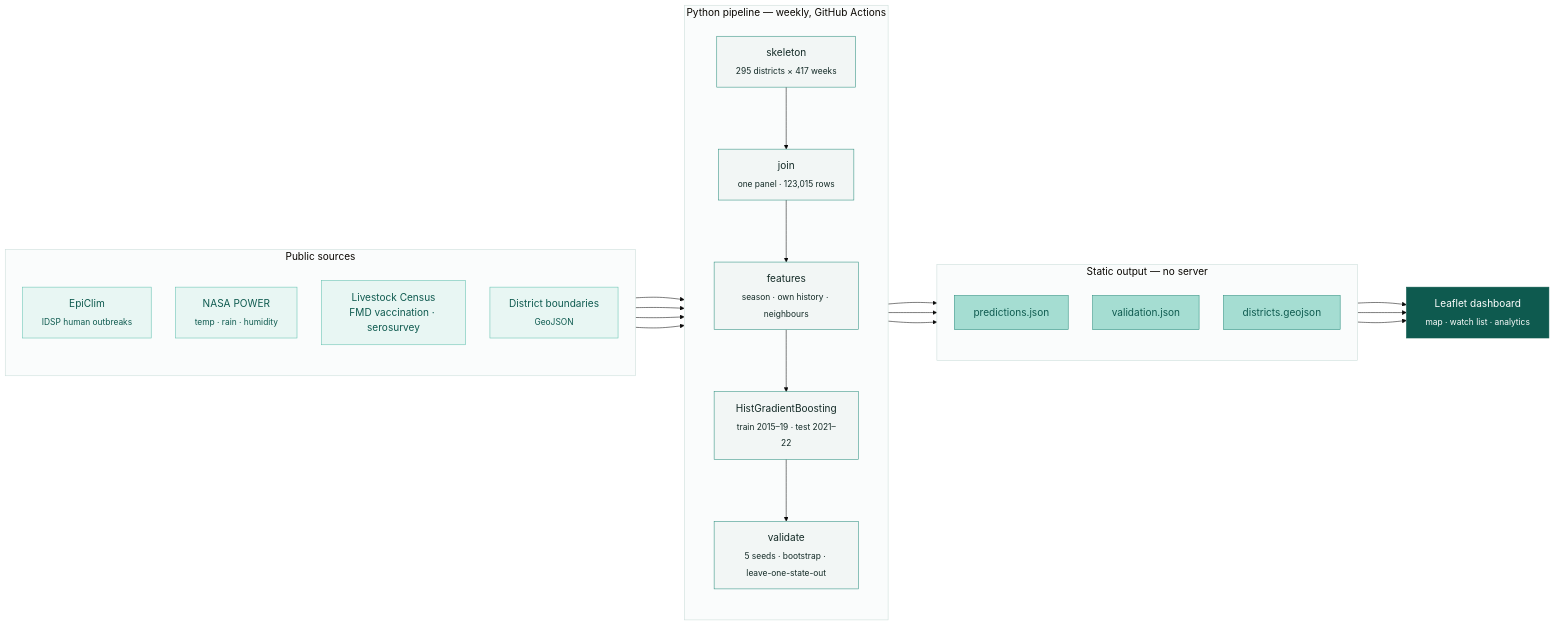
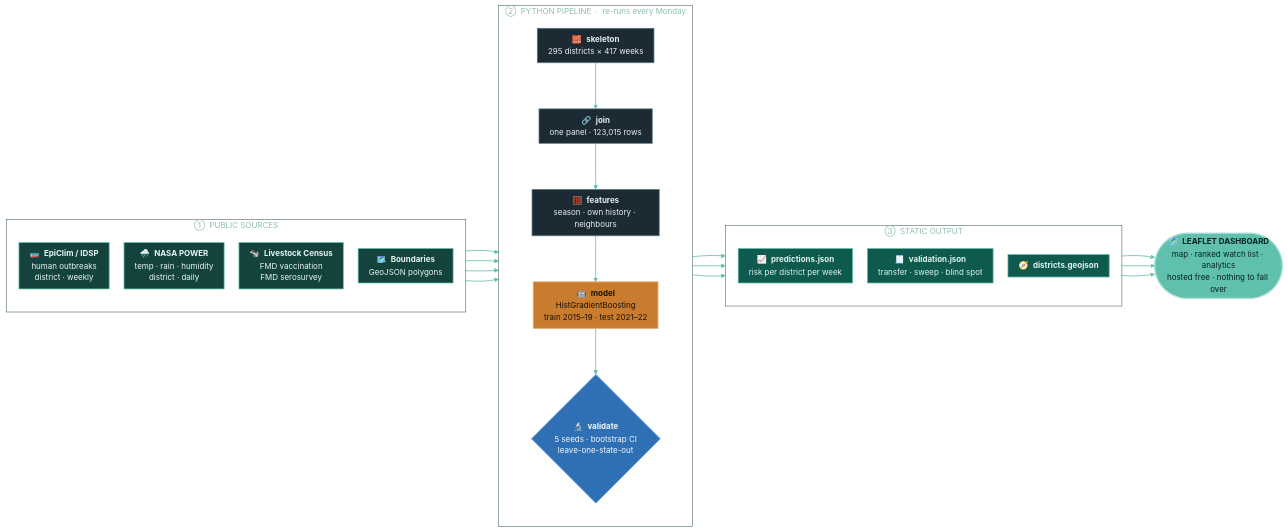
The diagram in README.md (lakkarsunanditha14/onehealth-early-warning), drawn with Mermaid before and after one commit. The commit also changed other lines of this file, not shown here.

Commit message:
dark-theme the architecture diagram

````diff
--- a/README.md
+++ b/README.md
@@ -194,50 +229,56 @@
 ```mermaid
-%%{init: {"theme":"base","themeVariables":{"fontSize":"19px","fontFamily":"IBM Plex Sans, Segoe UI, sans-serif","clusterBkg":"#FAFCFC","clusterBorder":"#C9DCD8"},"flowchart":{"nodeSpacing":46,"rankSpacing":92,"padding":18,"useMaxWidth":false}}}%%
+%%{init: {"theme":"base","themeVariables":{"fontSize":"15px","fontFamily":"IBM Plex Sans, Segoe UI, sans-serif","lineColor":"#5FC0AE","clusterBkg":"transparent","clusterBorder":"#3C5A54","edgeLabelBackground":"#13433C","tertiaryColor":"transparent","titleColor":"#8FBDB3","textColor":"#CFE2DE","nodeTextColor":"#E8F6F3"},"flowchart":{"nodeSpacing":28,"rankSpacing":62,"padding":10,"curve":"basis"}}}%%
 flowchart LR
-  subgraph S["Public sources"]
+
+  subgraph SRC ["&nbsp; ① &nbsp;PUBLIC SOURCES &nbsp;"]
     direction TB
-    A1["EpiClim<br/><sub>IDSP human outbreaks</sub>"]
-    A2["NASA POWER<br/><sub>temp · rain · humidity</sub>"]
-    A3["Livestock Census<br/>FMD vaccination · serosurvey"]
-    A4["District boundaries<br/><sub>GeoJSON</sub>"]
+    A1["🧫 &nbsp;<b>EpiClim / IDSP</b><br>human outbreaks<br>district · weekly"]
+    A2["🌧️ &nbsp;<b>NASA POWER</b><br>temp · rain · humidity<br>district · daily"]
+    A3["🐄 &nbsp;<b>Livestock Census</b><br>FMD vaccination<br>FMD serosurvey"]
+    A4["🗺️ &nbsp;<b>Boundaries</b><br>GeoJSON polygons"]
   end
 
-  subgraph P["Python pipeline — weekly, GitHub Actions"]
+  subgraph PIPE ["&nbsp; ② &nbsp;PYTHON PIPELINE &nbsp;·&nbsp; re-runs every Monday &nbsp;"]
     direction TB
-    B1["skeleton<br/><sub>295 districts × 417 weeks</sub>"]
-    B2["join<br/><sub>one panel · 123,015 rows</sub>"]
-    B3["features<br/><sub>season · own history · neighbours</sub>"]
-    B4["HistGradientBoosting<br/><sub>train 2015–19 · test 2021–22</sub>"]
-    B5["validate<br/><sub>5 seeds · bootstrap · leave-one-state-out</sub>"]
+    B1["🧱 &nbsp;<b>skeleton</b><br>295 districts × 417 weeks"]
+    B2["🔗 &nbsp;<b>join</b><br>one panel · 123,015 rows"]
+    B3["🧮 &nbsp;<b>features</b><br>season · own history · neighbours"]
+    B4["🤖 &nbsp;<b>model</b><br>HistGradientBoosting<br>train 2015–19 · test 2021–22"]
+    B5{"🔬 &nbsp;<b>validate</b><br>5 seeds · bootstrap CI<br>leave-one-state-out"}
     B1 --> B2 --> B3 --> B4 --> B5
   end
 
-  subgraph O["Static output — no server"]
+  subgraph OUT ["&nbsp; ③ &nbsp;STATIC OUTPUT &nbsp;"]
     direction TB
-    C1["predictions.json"]
-    C2["validation.json"]
-    C3["districts.geojson"]
+    C1["📈 &nbsp;<b>predictions.json</b><br>risk per district per week"]
+    C2["🧾 &nbsp;<b>validation.json</b><br>transfer · sweep · blind spot"]
+    C3["🧭 &nbsp;<b>districts.geojson</b>"]
   end
 
-  D["Leaflet dashboard<br/><sub>map · watch list · analytics</sub>"]
+  APP(["🗺️ &nbsp;<b>LEAFLET DASHBOARD</b><br>map · ranked watch list · analytics<br>hosted free · nothing to fall over"])
 
   A1 --> B2
   A2 --> B2
   A3 --> B2
   A4 --> B1
   B4 --> C1
   B5 --> C2
   B1 --> C3
-  C1 --> D
-  C2 --> D
-  C3 --> D
+  C1 --> APP
+  C2 --> APP
+  C3 --> APP
 
-  classDef src fill:#E8F6F3,stroke:#5FC0AE,color:#0E5A4F
-  classDef pipe fill:#F2F6F5,stroke:#2A8E7E,color:#132A26
-  classDef out fill:#A5DDD2,stroke:#2A8E7E,color:#0E5A4F
-  classDef app fill:#0E5A4F,stroke:#0E5A4F,color:#ffffff
+  classDef src  fill:#13433C,stroke:#5FC0AE,stroke-width:1.4px,color:#E8F6F3
+  classDef pipe fill:#1B2A33,stroke:#5B7A86,stroke-width:1.4px,color:#E7EEF1
+  classDef mdl  fill:#C97B2E,stroke:#E0A45E,stroke-width:1.6px,color:#1A1206
+  classDef val  fill:#2F6FB3,stroke:#6FA5DC,stroke-width:1.6px,color:#F2F7FC
+  classDef out  fill:#0E5A4F,stroke:#5FC0AE,stroke-width:1.4px,color:#DFF4EF
+  classDef app  fill:#5FC0AE,stroke:#A5DDD2,stroke-width:2px,color:#07231F
   class A1,A2,A3,A4 src
-  class B1,B2,B3,B4,B5 pipe
+  class B1,B2,B3 pipe
+  class B4 mdl
+  class B5 val
   class C1,C2,C3 out
-  class D app
+  class APP app
+  linkStyle default stroke:#5FC0AE,stroke-width:1.5px
 ```
````
